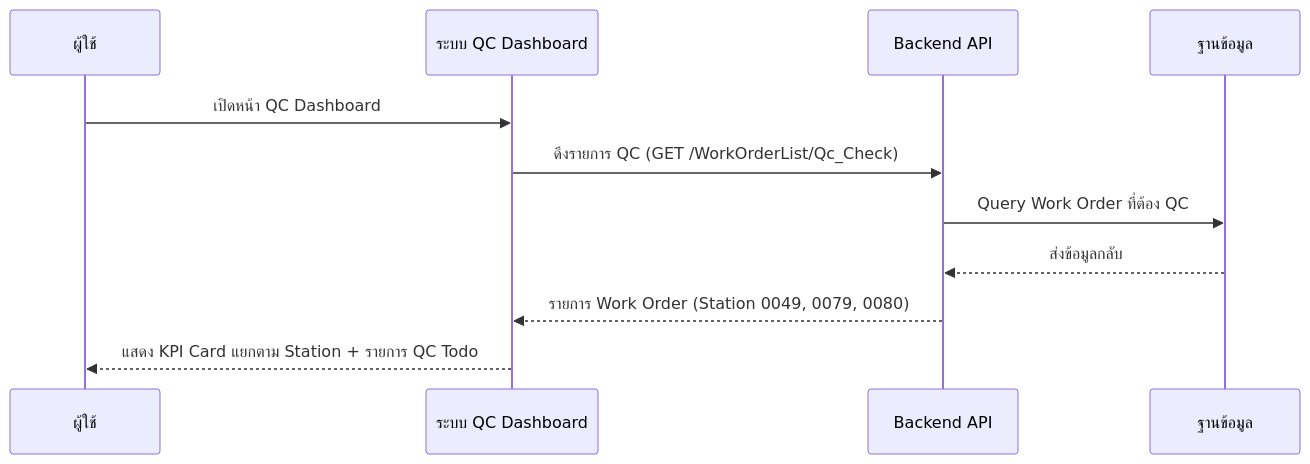
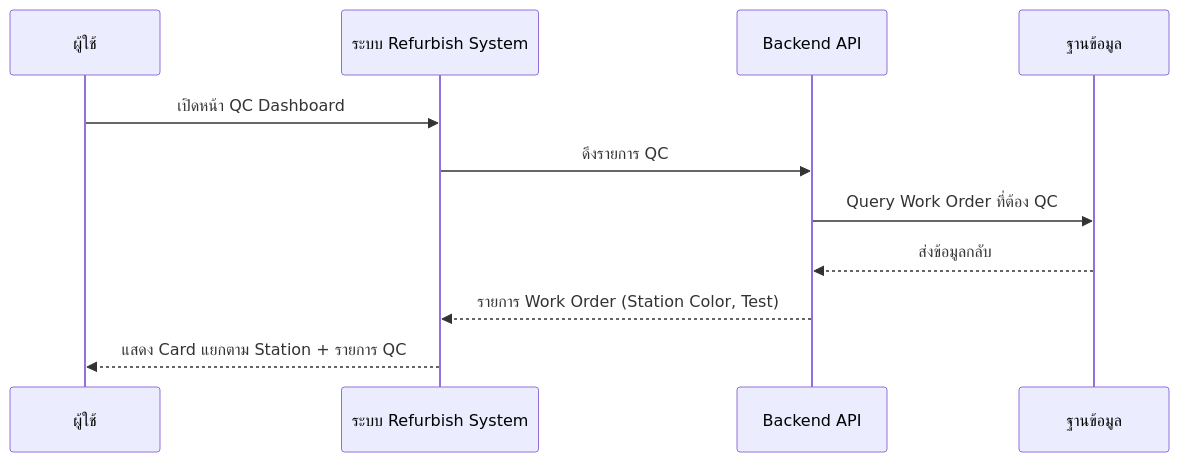
One commit to akkdach/pro-iot-mobile changed the first of 4 diagrams in docs/DashboardQC_SequenceDiagram.md. Above: the diagram before and after it, drawn with Mermaid. The commit also changed other lines of this file and 10 other files, not shown here.

````diff
--- a/docs/DashboardQC_SequenceDiagram.md
+++ b/docs/DashboardQC_SequenceDiagram.md
@@ -5,14 +5,14 @@
 ```mermaid
 sequenceDiagram
     participant U as ผู้ใช้
-    participant QC as ระบบ QC Dashboard
+    participant QC as ระบบ Refurbish System
     participant API as Backend API
     participant DB as ฐานข้อมูล
 
     U->>QC: เปิดหน้า QC Dashboard
-    QC->>API: ดึงรายการ QC (GET /WorkOrderList/Qc_Check)
+    QC->>API: ดึงรายการ QC
     API->>DB: Query Work Order ที่ต้อง QC
     DB-->>API: ส่งข้อมูลกลับ
-    API-->>QC: รายการ Work Order (Station 0049, 0079, 0080)
-    QC-->>U: แสดง KPI Card แยกตาม Station + รายการ QC Todo
+    API-->>QC: รายการ Work Order (Station Color, Test)
+    QC-->>U: แสดง Card แยกตาม Station + รายการ QC
 ```
````
